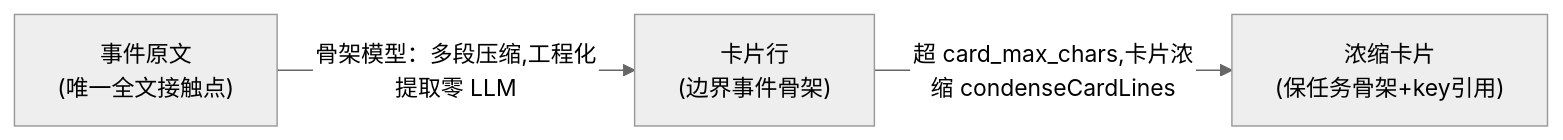
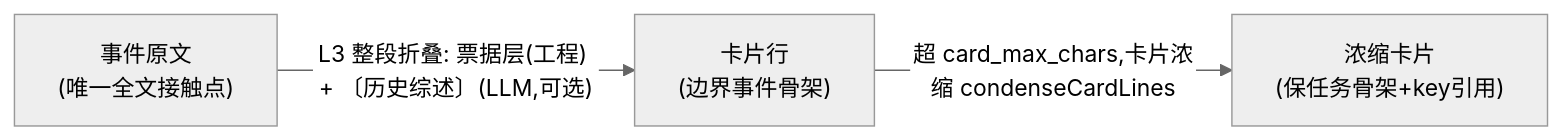
The sixth of 10 diagrams in docs/wiki/memory/memory-architecture.md (SpellingDragon/tagent), drawn with Mermaid (neutral theme) before and after one commit. The commit also changed other lines of this file and 9 other files, not shown here.

````diff
--- a/docs/wiki/memory/memory-architecture.md
+++ b/docs/wiki/memory/memory-architecture.md
@@ -919,5 +919,5 @@
 ```mermaid
 graph LR
-    A["事件原文<br/>(唯一全文接触点)"] -->|"骨架模型：多段压缩,工程化提取零 LLM"| C["卡片行<br/>(边界事件骨架)"]
+    A["事件原文<br/>(唯一全文接触点)"] -->|"L3 整段折叠: 票据层(工程) + 〔历史综述〕(LLM,可选)"| C["卡片行<br/>(边界事件骨架)"]
     C -->|"超 card_max_chars,卡片浓缩 condenseCardLines"| D["浓缩卡片<br/>(保任务骨架+key引用)"]
 ```
````
